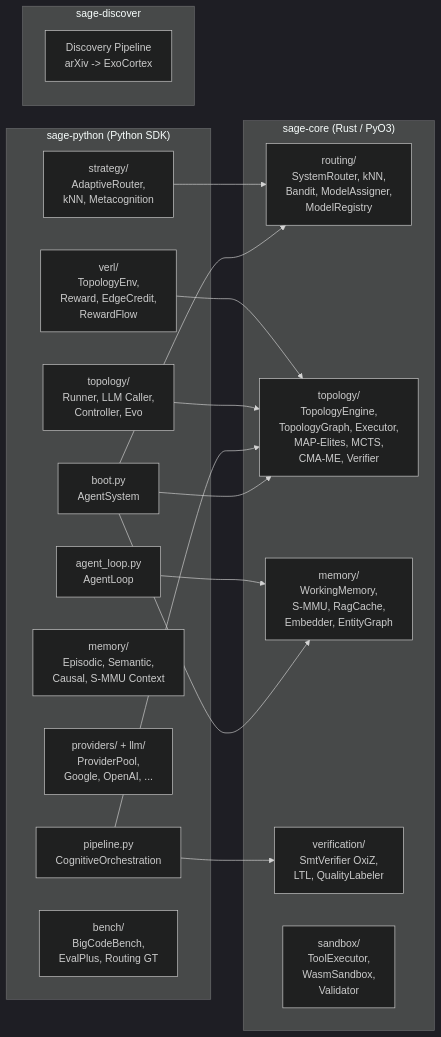
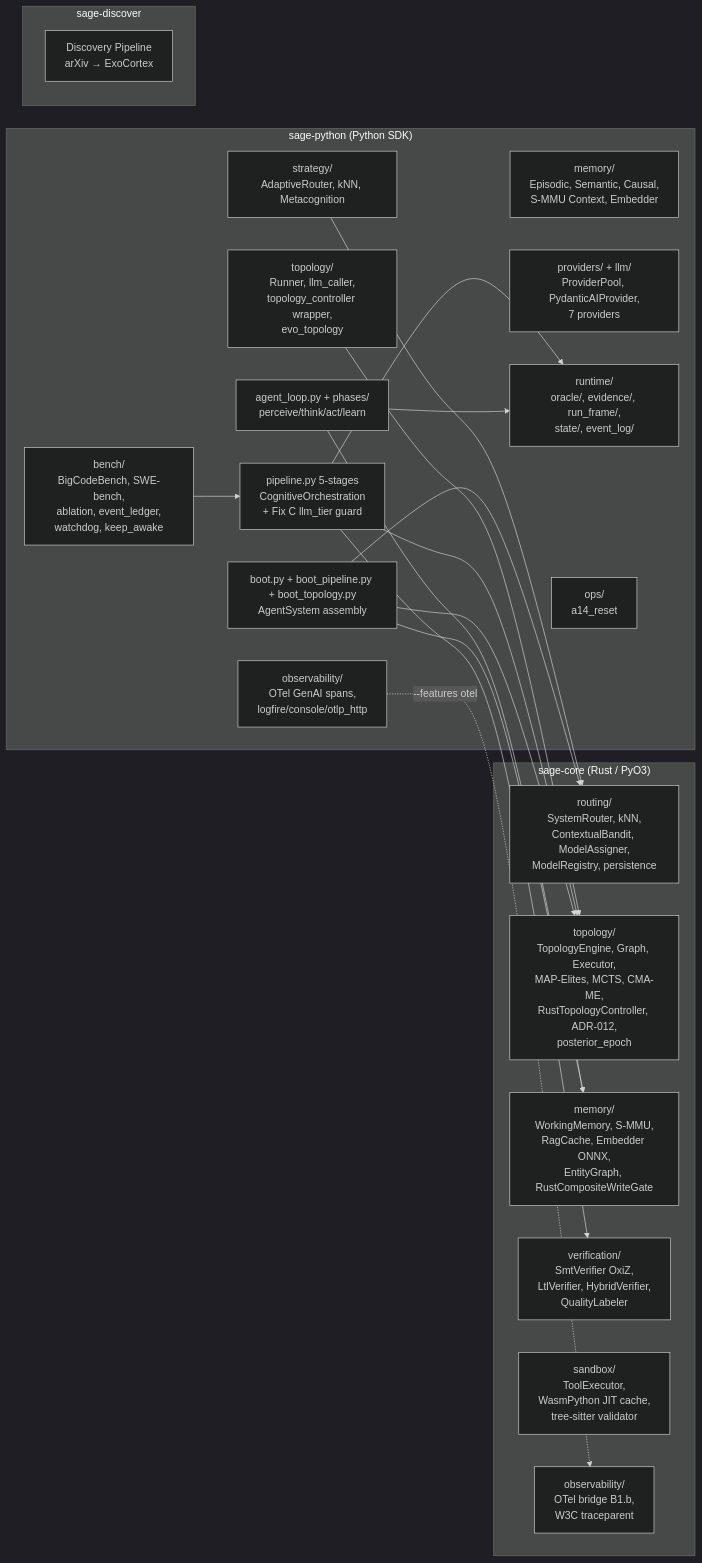
The second of 2 diagrams in AI-ARCHITECTURE.md (yannabadie/YGN-SAGE), drawn with Mermaid (dark theme) before and after one commit. The commit also changed other lines of this file, not shown here.

````diff
--- a/AI-ARCHITECTURE.md
+++ b/AI-ARCHITECTURE.md
@@ -158,36 +187,42 @@
 ```mermaid
 graph LR
     subgraph "sage-core (Rust / PyO3)"
-        SC_ROUTING[routing/<br/>SystemRouter, kNN,<br/>Bandit, ModelAssigner,<br/>ModelRegistry]
-        SC_TOPO[topology/<br/>TopologyEngine,<br/>TopologyGraph, Executor,<br/>MAP-Elites, MCTS,<br/>CMA-ME, Verifier]
-        SC_MEM[memory/<br/>WorkingMemory,<br/>S-MMU, RagCache,<br/>Embedder, EntityGraph]
-        SC_VERIF[verification/<br/>SmtVerifier OxiZ,<br/>LTL, QualityLabeler]
-        SC_SANDBOX[sandbox/<br/>ToolExecutor,<br/>WasmSandbox,<br/>Validator]
+        SC_ROUTING[routing/<br/>SystemRouter, kNN,<br/>ContextualBandit, ModelAssigner,<br/>ModelRegistry, persistence]
+        SC_TOPO[topology/<br/>TopologyEngine, Graph, Executor,<br/>MAP-Elites, MCTS, CMA-ME,<br/>RustTopologyController, ADR-012,<br/>posterior_epoch]
+        SC_MEM[memory/<br/>WorkingMemory, S-MMU,<br/>RagCache, Embedder ONNX,<br/>EntityGraph, RustCompositeWriteGate]
+        SC_VERIF[verification/<br/>SmtVerifier OxiZ,<br/>LtlVerifier, HybridVerifier,<br/>QualityLabeler]
+        SC_SANDBOX[sandbox/<br/>ToolExecutor,<br/>WasmPython JIT cache,<br/>tree-sitter validator]
+        SC_OBS[observability/<br/>OTel bridge B1.b,<br/>W3C traceparent]
     end
 
     subgraph "sage-python (Python SDK)"
-        SP_BOOT[boot.py<br/>AgentSystem]
-        SP_PIPE[pipeline.py<br/>CognitiveOrchestration]
-        SP_LOOP[agent_loop.py<br/>AgentLoop]
-        SP_STRAT[strategy/<br/>AdaptiveRouter,<br/>kNN, Metacognition]
-        SP_TOPO[topology/<br/>Runner, LLM Caller,<br/>Controller, Evo]
-        SP_MEM[memory/<br/>Episodic, Semantic,<br/>Causal, S-MMU Context]
-        SP_PROV[providers/ + llm/<br/>ProviderPool,<br/>Google, OpenAI, ...]
-        SP_VERL[verl/<br/>TopologyEnv,<br/>Reward, EdgeCredit,<br/>RewardFlow]
-        SP_BENCH[bench/<br/>BigCodeBench,<br/>EvalPlus, Routing GT]
+        SP_BOOT[boot.py + boot_pipeline.py + boot_topology.py<br/>AgentSystem assembly]
+        SP_PIPE[pipeline.py 5-stages<br/>CognitiveOrchestration<br/>+ Fix C llm_tier guard]
+        SP_LOOP[agent_loop.py + phases/<br/>perceive/think/act/learn]
+        SP_STRAT[strategy/<br/>AdaptiveRouter, kNN, Metacognition]
+        SP_TOPO[topology/<br/>Runner, llm_caller,<br/>topology_controller wrapper,<br/>evo_topology]
+        SP_MEM[memory/<br/>Episodic, Semantic, Causal,<br/>S-MMU Context, Embedder]
+        SP_PROV[providers/ + llm/<br/>ProviderPool, PydanticAIProvider,<br/>7 providers]
+        SP_BENCH[bench/<br/>BigCodeBench, SWE-bench,<br/>ablation, event_ledger,<br/>watchdog, keep_awake]
+        SP_RT[runtime/<br/>oracle/, evidence/, run_frame/,<br/>state/, event_log/]
+        SP_OBS[observability/<br/>OTel GenAI spans,<br/>logfire/console/otlp_http]
+        SP_OPS[ops/<br/>a14_reset]
     end
 
     subgraph "sage-discover"
-        SD[Discovery Pipeline<br/>arXiv -> ExoCortex]
+        SD[Discovery Pipeline<br/>arXiv → ExoCortex]
     end
 
     SP_BOOT --> SC_ROUTING
     SP_BOOT --> SC_TOPO
     SP_BOOT --> SC_MEM
     SP_PIPE --> SC_TOPO
     SP_PIPE --> SC_VERIF
     SP_STRAT --> SC_ROUTING
     SP_TOPO --> SC_TOPO
     SP_LOOP --> SC_MEM
-    SP_VERL --> SC_TOPO
+    SP_LOOP --> SP_RT
+    SP_PIPE --> SP_RT
+    SP_BENCH --> SP_PIPE
+    SP_OBS -.->|--features otel| SC_OBS
 ```
````
